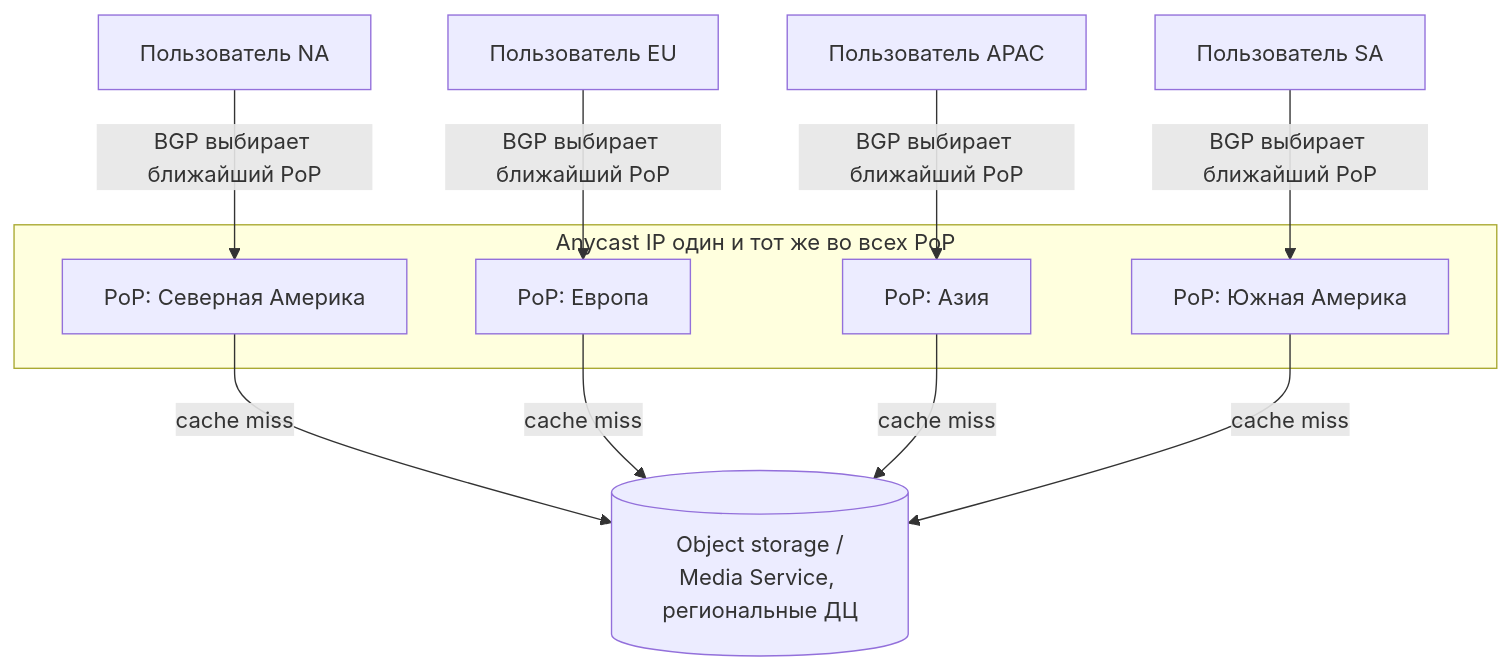
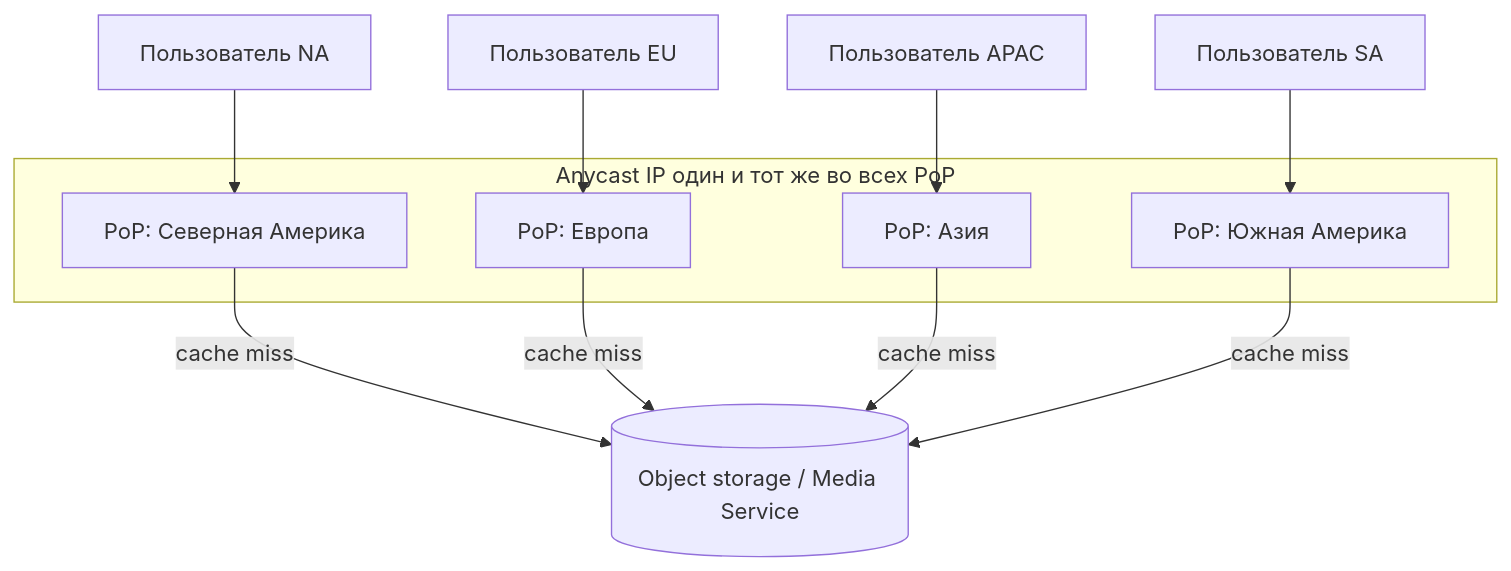
The second of 3 diagrams in README.md (TOOSTEER/Highload_TechnoPark), drawn with Mermaid before and after one commit. The commit also changed other lines of this file, not shown here.

````diff
--- a/README.md
+++ b/README.md
@@ -212,17 +162,17 @@
 ```mermaid
 flowchart TB
     subgraph Anycast IP один и тот же во всех PoP
     P1[PoP: Северная Америка]
     P2[PoP: Европа]
     P3[PoP: Азия]
     P4[PoP: Южная Америка]
     end
-    U1[Пользователь NA] -->|BGP выбирает ближайший PoP| P1
-    U2[Пользователь EU] -->|BGP выбирает ближайший PoP| P2
-    U3[Пользователь APAC] -->|BGP выбирает ближайший PoP| P3
-    U4[Пользователь SA] -->|BGP выбирает ближайший PoP|P4
-    P1 -->|cache miss| ORIGIN[(Object storage /<br/>Media Service, региональные ДЦ)]
+    U1[Пользователь NA] --> P1
+    U2[Пользователь EU] --> P2
+    U3[Пользователь APAC] --> P3
+    U4[Пользователь SA] --> P4
+    P1 -->|cache miss| ORIGIN[(Object storage / Media Service)]
     P2 -->|cache miss| ORIGIN
     P3 -->|cache miss| ORIGIN
     P4 -->|cache miss| ORIGIN
 ```
````
